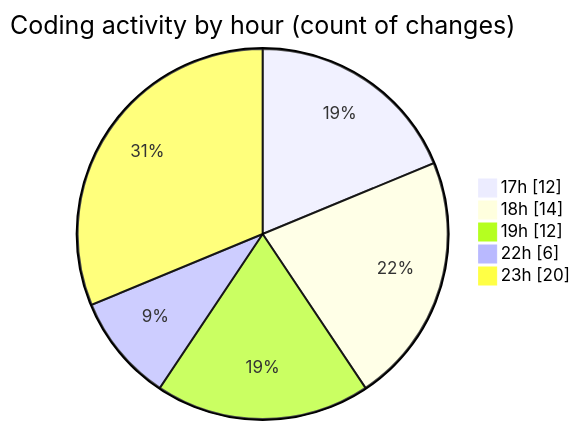
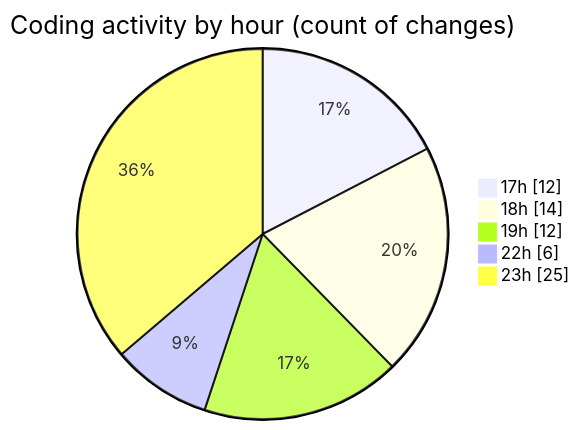
Before and after one commit to donsfak/code-tracking: the second of 2 diagrams in 2025-02-16/uber_clone/README.md, drawn with Mermaid. The commit also changed other lines of this file and 1 other file, not shown here.

````diff
--- a/2025-02-16/uber_clone/README.md
+++ b/2025-02-16/uber_clone/README.md
@@ -44,9 +44,9 @@
 ```mermaid
 pie showData
 title Coding activity by hour (count of changes)
 "17h" : 12
 "18h" : 14
 "19h" : 12
 "22h" : 6
-"23h" : 20
+"23h" : 25
 ```
````
